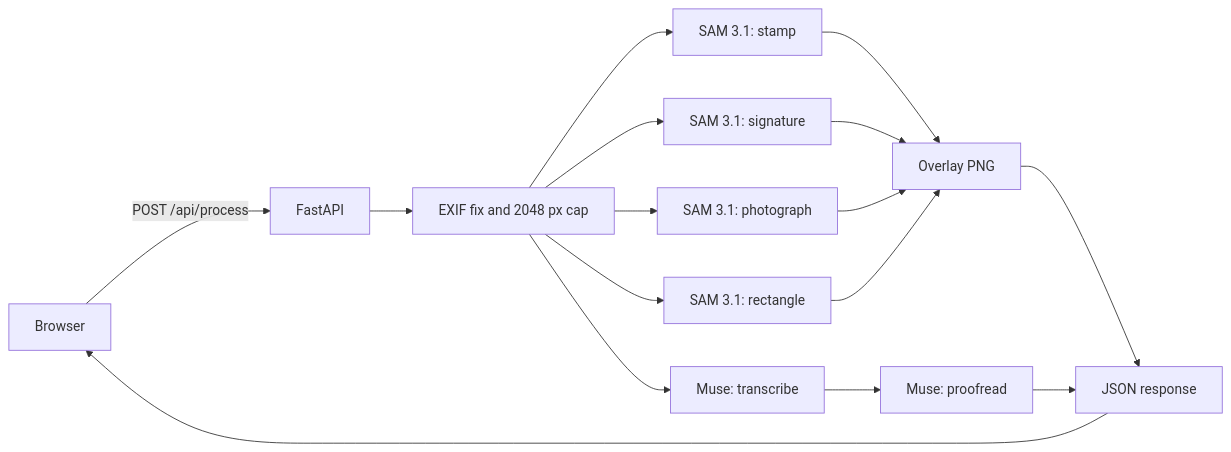
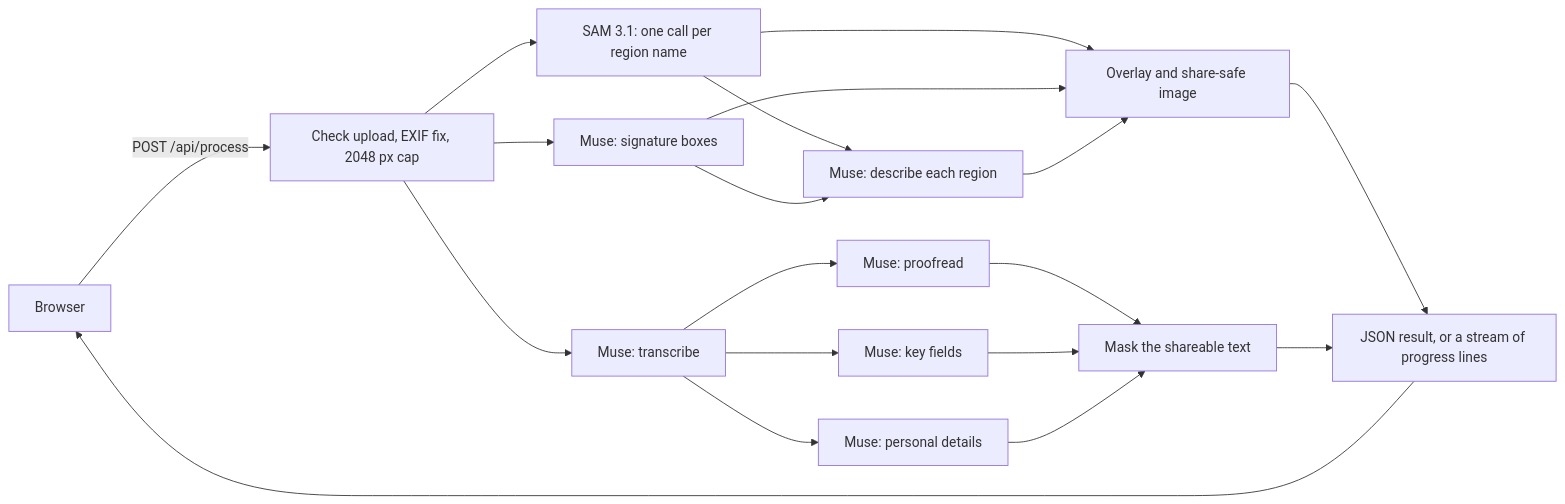
One commit to vignarajj/dsc_hackathon changed the diagram in README.md. Above: the diagram before and after it, drawn with Mermaid. The commit also changed other lines of this file and 6 other files, not shown here.

````diff
--- a/README.md
+++ b/README.md
@@ -38,14 +43,15 @@
 ```mermaid
 flowchart LR
-    B[Browser] -- "POST /api/process" --> A[FastAPI]
-    A --> P[EXIF fix and 2048 px cap]
-    P --> S1[SAM 3.1: stamp]
-    P --> S2[SAM 3.1: signature]
-    P --> S3[SAM 3.1: photograph]
-    P --> S4[SAM 3.1: rectangle]
-    P --> T[Muse: transcribe]
-    T --> R[Muse: proofread]
-    S1 & S2 & S3 & S4 --> O[Overlay PNG]
-    O & R --> J[JSON response]
-    J --> B
+    B[Browser] -- "POST /api/process" --> C[Check upload, EXIF fix, 2048 px cap]
+    C --> S[SAM 3.1: one call per region name]
+    C --> G[Muse: signature boxes]
+    C --> T[Muse: transcribe]
+    S & G --> D[Muse: describe each region]
+    T --> P[Muse: proofread]
+    T --> E[Muse: key fields]
+    T --> N[Muse: personal details]
+    S & G & D --> O[Overlay and share-safe image]
+    P & E & N --> M[Mask the shareable text]
+    O & M --> R[JSON result, or a stream of progress lines]
+    R --> B
 ```
````
